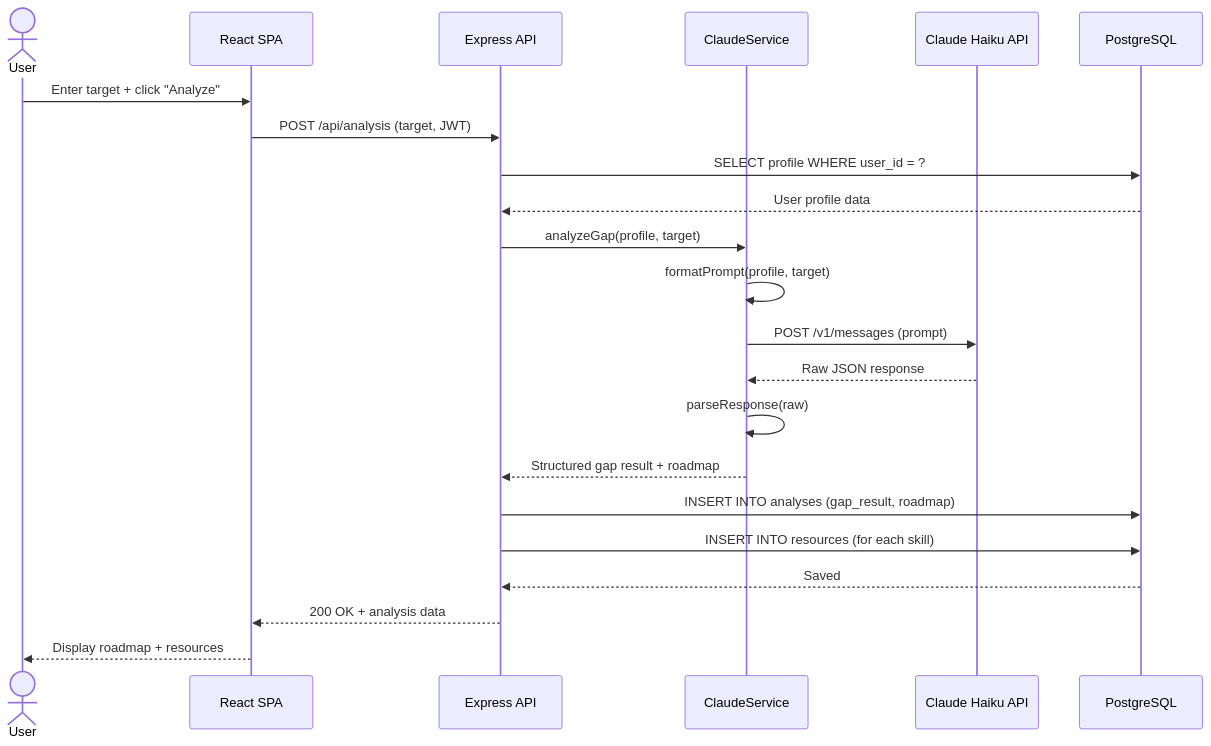
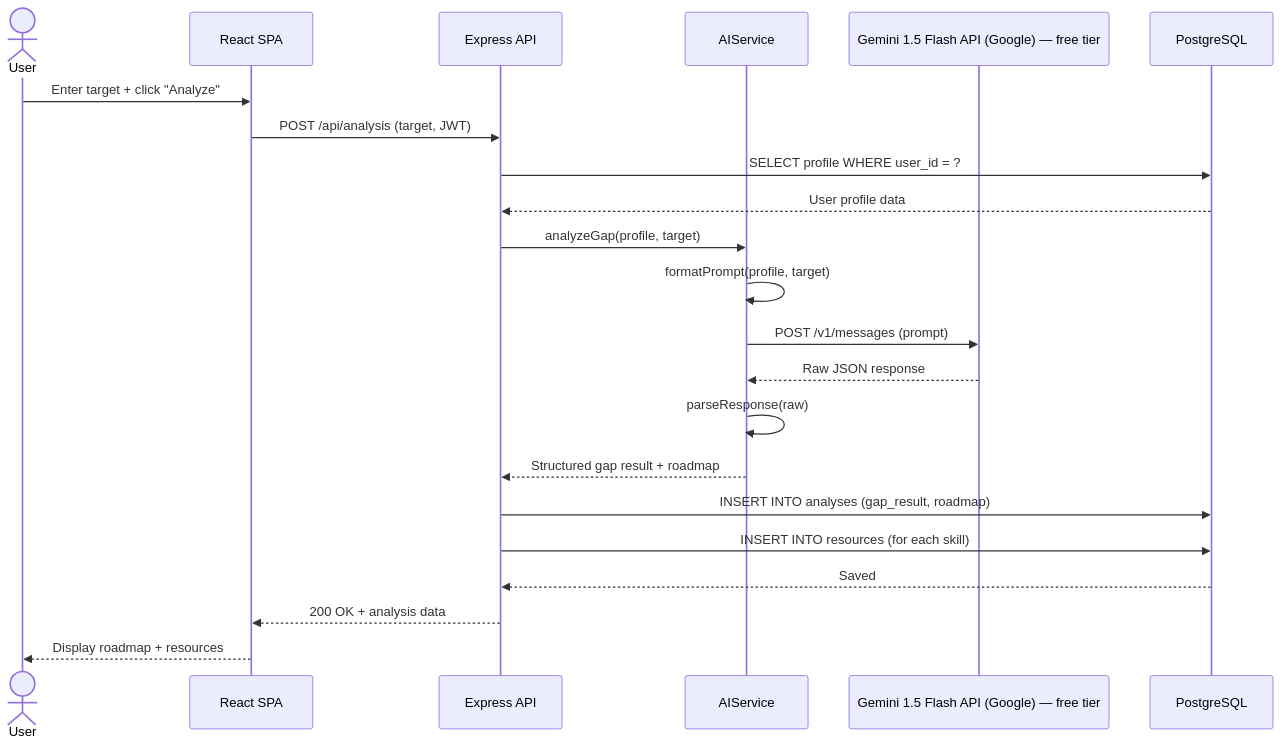
One commit to lucasscianna/SkillMap changed the fifth of 6 diagrams in README.md. Above: the diagram before and after it, drawn with Mermaid. The commit also changed other lines of this file and 9 other files, not shown here.

Commit message:
chore: remove Claude/Anthropic references, set Gemini as default provider

````diff
--- a/README.md
+++ b/README.md
@@ -375,25 +375,25 @@
 ```mermaid
 sequenceDiagram
     actor User
     participant React as React SPA
     participant API as Express API
-    participant Claude as ClaudeService
-    participant Haiku as Claude Haiku API
+    participant AI as AIService
+    participant Haiku as Gemini 1.5 Flash API (Google) — free tier
     participant DB as PostgreSQL
 
     User->>React: Enter target + click "Analyze"
     React->>API: POST /api/analysis (target, JWT)
     API->>DB: SELECT profile WHERE user_id = ?
     DB-->>API: User profile data
-    API->>Claude: analyzeGap(profile, target)
-    Claude->>Claude: formatPrompt(profile, target)
-    Claude->>Haiku: POST /v1/messages (prompt)
-    Haiku-->>Claude: Raw JSON response
-    Claude->>Claude: parseResponse(raw)
-    Claude-->>API: Structured gap result + roadmap
+    API->>AI: analyzeGap(profile, target)
+    AI->>AI: formatPrompt(profile, target)
+    AI->>Haiku: POST /v1/messages (prompt)
+    Haiku-->>AI: Raw JSON response
+    AI->>AI: parseResponse(raw)
+    AI-->>API: Structured gap result + roadmap
     API->>DB: INSERT INTO analyses (gap_result, roadmap)
     API->>DB: INSERT INTO resources (for each skill)
     DB-->>API: Saved
     API-->>React: 200 OK + analysis data
     React-->>User: Display roadmap + resources
 ```
````
